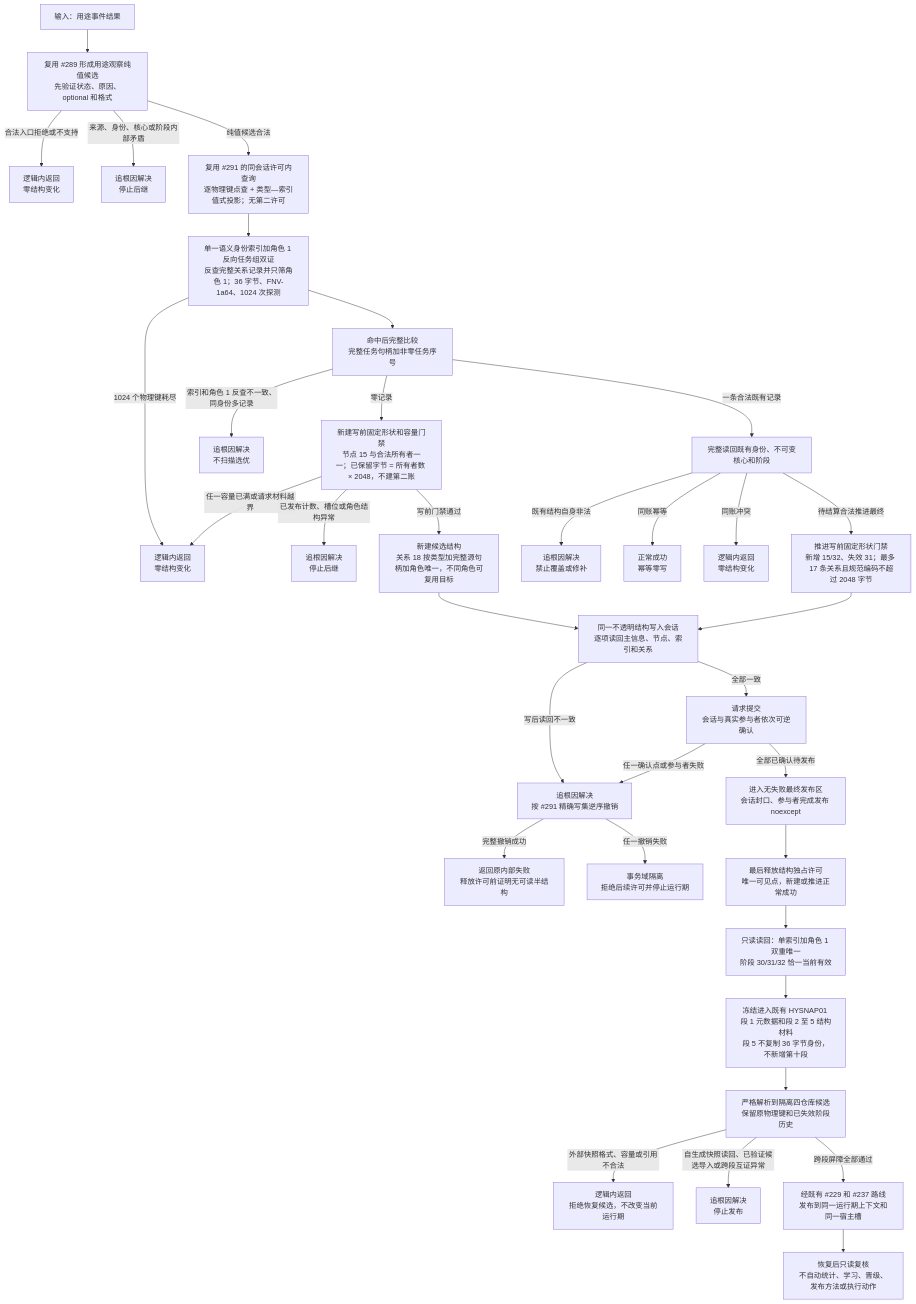
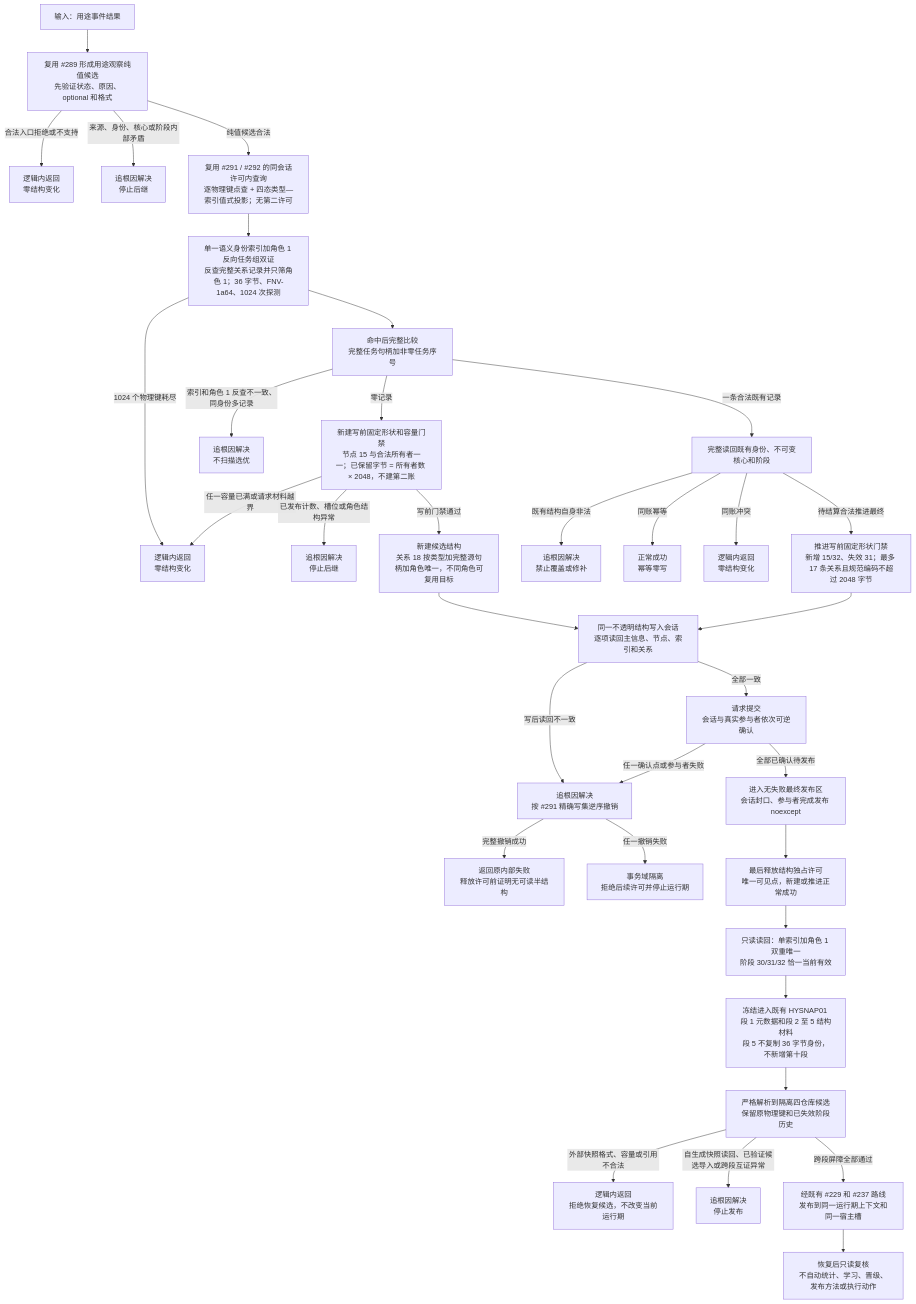
One commit to chunhaizh-cyber/HY-Ego changed the diagram in 流程图/20260717_权威用途观察结构承载与事务发布恢复流程图_v0.1.md. Above: the diagram before and after it, drawn with Mermaid. The commit also changed other lines of this file and 9 other files, not shown here.

````diff
--- a/流程图/20260717_权威用途观察结构承载与事务发布恢复流程图_v0.1.md
+++ b/流程图/20260717_权威用途观察结构承载与事务发布恢复流程图_v0.1.md
@@ -28,36 +28,36 @@
 ```mermaid
 flowchart TD
     A["输入：用途事件结果"] --> B["复用 #289 形成用途观察纯值候选<br/>先验证状态、原因、optional 和格式"]
     B -->|"合法入口拒绝或不支持"| L1["逻辑内返回<br/>零结构变化"]
     B -->|"来源、身份、核心或阶段内部矛盾"| R1["追根因解决<br/>停止后继"]
-    B -->|"纯值候选合法"| D["复用 #291 的同会话许可内查询<br/>逐物理键点查 + 类型—索引值式投影；无第二许可"]
+    B -->|"纯值候选合法"| D["复用 #291 / #292 的同会话许可内查询<br/>逐物理键点查 + 四态类型—索引值式投影；无第二许可"]
     D --> D1["单一语义身份索引加角色 1 反向任务组双证<br/>反查完整关系记录并只筛角色 1；36 字节、FNV-1a64、1024 次探测"]
     D1 -->|"1024 个物理键耗尽"| L2["逻辑内返回<br/>零结构变化"]
     D1 --> E["命中后完整比较<br/>完整任务句柄加非零任务序号"]
     E -->|"索引和角色 1 反查不一致、同身份多记录"| R3["追根因解决<br/>不扫描选优"]
     E -->|"零记录"| C["新建写前固定形状和容量门禁<br/>节点 15 与合法所有者一一；已保留字节 = 所有者数 × 2048，不建第二账"]
     C -->|"任一容量已满或请求材料越界"| L2
     C -->|"已发布计数、槽位或角色结构异常"| R2["追根因解决<br/>停止后继"]
     C -->|"写前门禁通过"| N["新建候选结构<br/>关系 18 按类型加完整源句柄加角色唯一，不同角色可复用目标"]
     E -->|"一条合法既有记录"| F["完整读回既有身份、不可变核心和阶段"]
     F -->|"既有结构自身非法"| R4["追根因解决<br/>禁止覆盖或修补"]
     F -->|"同账幂等"| S0["正常成功<br/>幂等零写"]
     F -->|"同账冲突"| L3["逻辑内返回<br/>零结构变化"]
     F -->|"待结算合法推进最终"| P["推进写前固定形状门禁<br/>新增 15/32、失效 31；最多 17 条关系且规范编码不超过 2048 字节"]
     N --> Q["同一不透明结构写入会话<br/>逐项读回主信息、节点、索引和关系"]
     P --> Q
     Q -->|"写后读回不一致"| R5["追根因解决<br/>按 #291 精确写集逆序撤销"]
     Q -->|"全部一致"| T["请求提交<br/>会话与真实参与者依次可逆确认"]
     T -->|"任一确认点或参与者失败"| R5
     R5 -->|"完整撤销成功"| R7["返回原内部失败<br/>释放许可前证明无可读半结构"]
     R5 -->|"任一撤销失败"| R8["事务域隔离<br/>拒绝后续许可并停止运行期"]
     T -->|"全部已确认待发布"| T2["进入无失败最终发布区<br/>会话封口、参与者完成发布 noexcept"]
     T2 --> U["最后释放结构独占许可<br/>唯一可见点，新建或推进正常成功"]
     U --> V["只读读回：单索引加角色 1 双重唯一<br/>阶段 30/31/32 恰一当前有效"]
     V --> W["冻结进入既有 HYSNAP01 段 1 元数据和段 2 至 5 结构材料<br/>段 5 不复制 36 字节身份，不新增第十段"]
     W --> X["严格解析到隔离四仓库候选<br/>保留原物理键和已失效阶段历史"]
     X -->|"外部快照格式、容量或引用不合法"| L4["逻辑内返回<br/>拒绝恢复候选，不改变当前运行期"]
     X -->|"自生成快照读回、已验证候选导入或跨段互证异常"| R6["追根因解决<br/>停止发布"]
     X -->|"跨段屏障全部通过"| Y["经既有 #229 和 #237 路线<br/>发布到同一运行期上下文和同一宿主槽"]
     Y --> Z["恢复后只读复核<br/>不自动统计、学习、晋级、发布方法或执行动作"]
 ```
````
